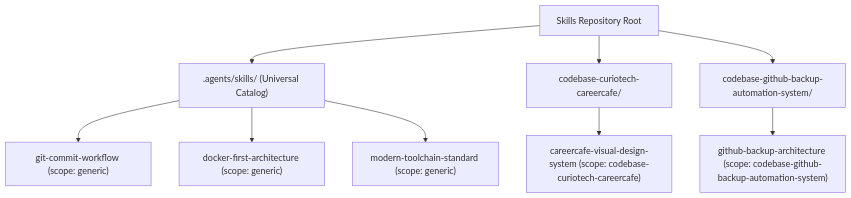
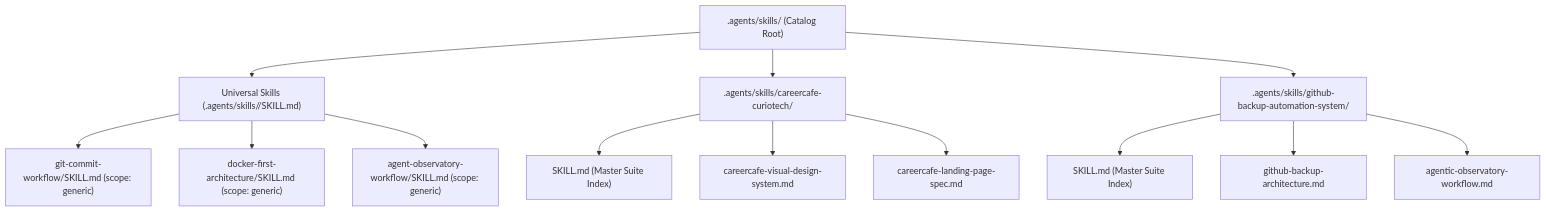
Before and after one commit to MishraShardendu22/github-backup-automation-system: the diagram in .agents/skills/skill-taxonomy-and-scope-governance/SKILL.md, drawn with Mermaid. The commit also changed other lines of this file and 5 other files, not shown here.

Commit message:
feat(skills): bundle github-backup skills into dedicated suite directory and update governance (#55)

````diff
--- a/.agents/skills/skill-taxonomy-and-scope-governance/SKILL.md
+++ b/.agents/skills/skill-taxonomy-and-scope-governance/SKILL.md
@@ -23,14 +23,19 @@
 ```mermaid
 flowchart TD
-    Catalog[Skills Repository Root]
-    Catalog --> Generic[".agents/skills/ (Universal Catalog)"]
-    Catalog --> Codebase1["codebase-curiotech-careercafe/"]
-    Catalog --> Codebase2["codebase-github-backup-automation-system/"]
+    Catalog[".agents/skills/ (Catalog Root)"]
+    Catalog --> Generic["Universal Skills (.agents/skills/<skill-name>/SKILL.md)"]
+    Catalog --> Codebase1[".agents/skills/careercafe-curiotech/"]
+    Catalog --> Codebase2[".agents/skills/github-backup-automation-system/"]
 
-    Generic --> G1["git-commit-workflow (scope: generic)"]
-    Generic --> G2["docker-first-architecture (scope: generic)"]
-    Generic --> G3["modern-toolchain-standard (scope: generic)"]
+    Generic --> G1["git-commit-workflow/SKILL.md (scope: generic)"]
+    Generic --> G2["docker-first-architecture/SKILL.md (scope: generic)"]
+    Generic --> G3["agent-observatory-workflow/SKILL.md (scope: generic)"]
 
-    Codebase1 --> C1["careercafe-visual-design-system (scope: codebase-curiotech-careercafe)"]
-    Codebase2 --> C2["github-backup-architecture (scope: codebase-github-backup-automation-system)"]
+    Codebase1 --> C1["SKILL.md (Master Suite Index)"]
+    Codebase1 --> C2["careercafe-visual-design-system.md"]
+    Codebase1 --> C3["careercafe-landing-page-spec.md"]
+
+    Codebase2 --> B1["SKILL.md (Master Suite Index)"]
+    Codebase2 --> B2["github-backup-architecture.md"]
+    Codebase2 --> B3["agentic-observatory-workflow.md"]
 ```
````
